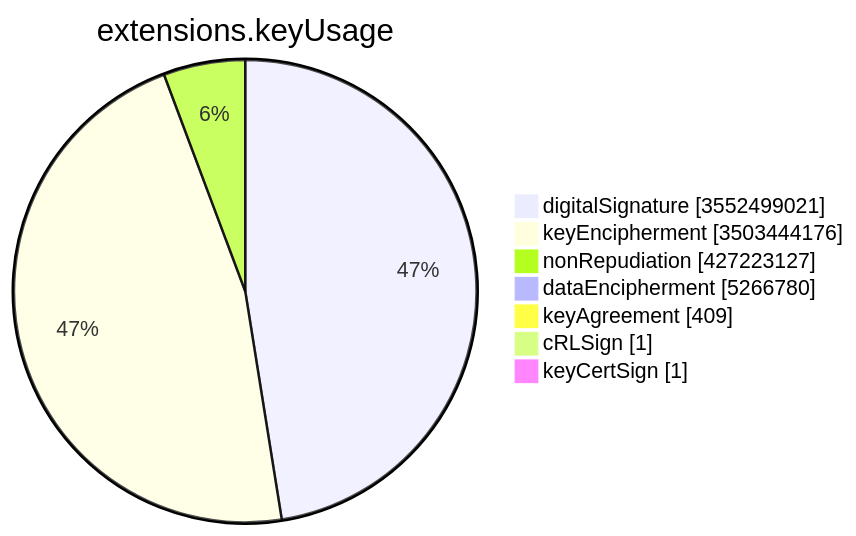
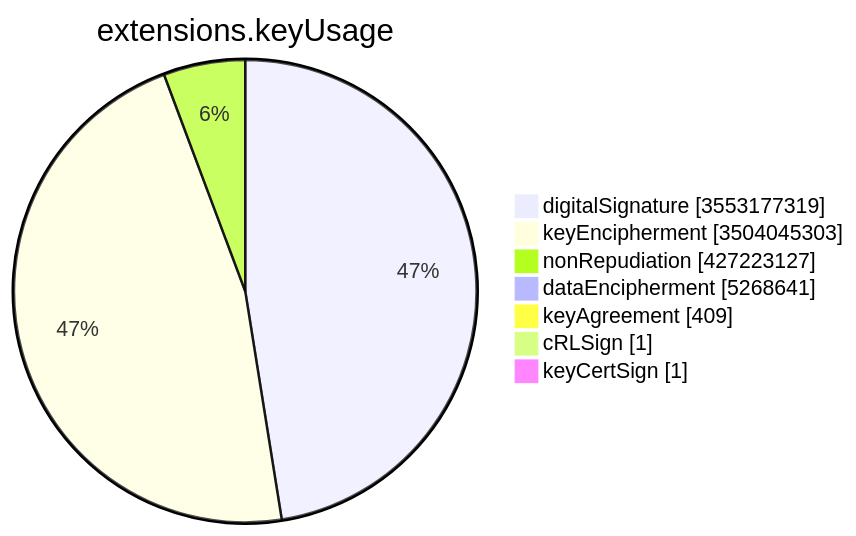
The sixth of 15 diagrams in TOTAL/README.md (christiankrug/ctmonitor_visualization), drawn with Mermaid before and after one commit. The commit also changed other lines of this file, not shown here.

````diff
--- a/TOTAL/README.md
+++ b/TOTAL/README.md
@@ -3083,11 +3083,11 @@
 ```mermaid
 pie showData
 title extensions.keyUsage
-"digitalSignature" :3552499021
-"keyEncipherment" :3503444176
+"digitalSignature" :3553177319
+"keyEncipherment" :3504045303
 "nonRepudiation" :427223127
-"dataEncipherment" :5266780
+"dataEncipherment" :5268641
 "keyAgreement" :409
 "cRLSign" :1
 "keyCertSign" :1
 ```
````
